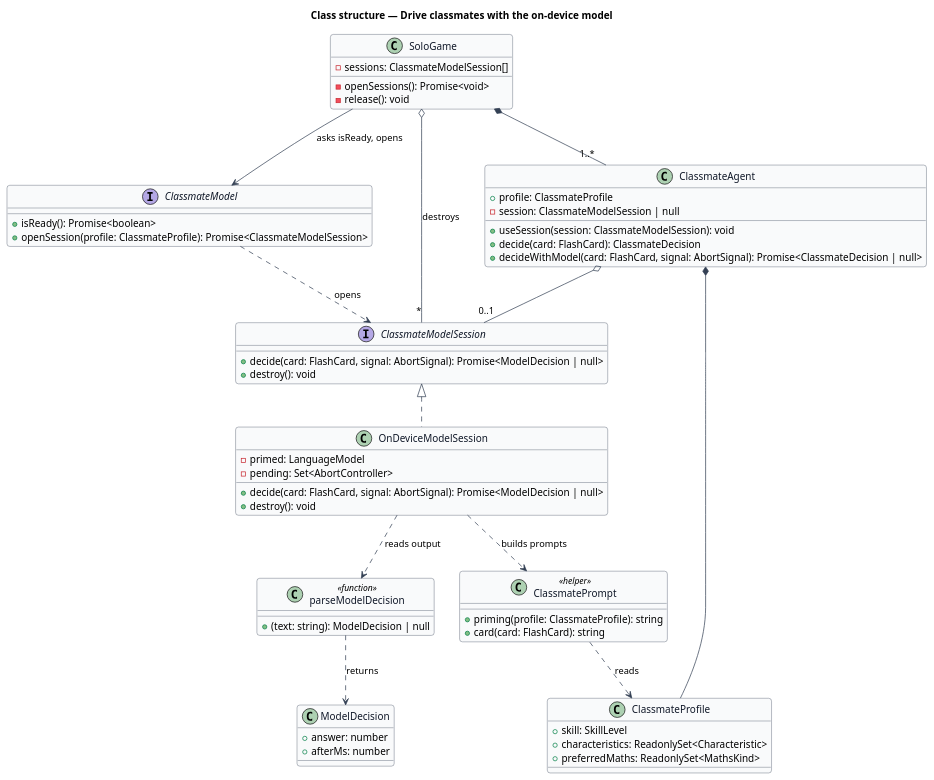
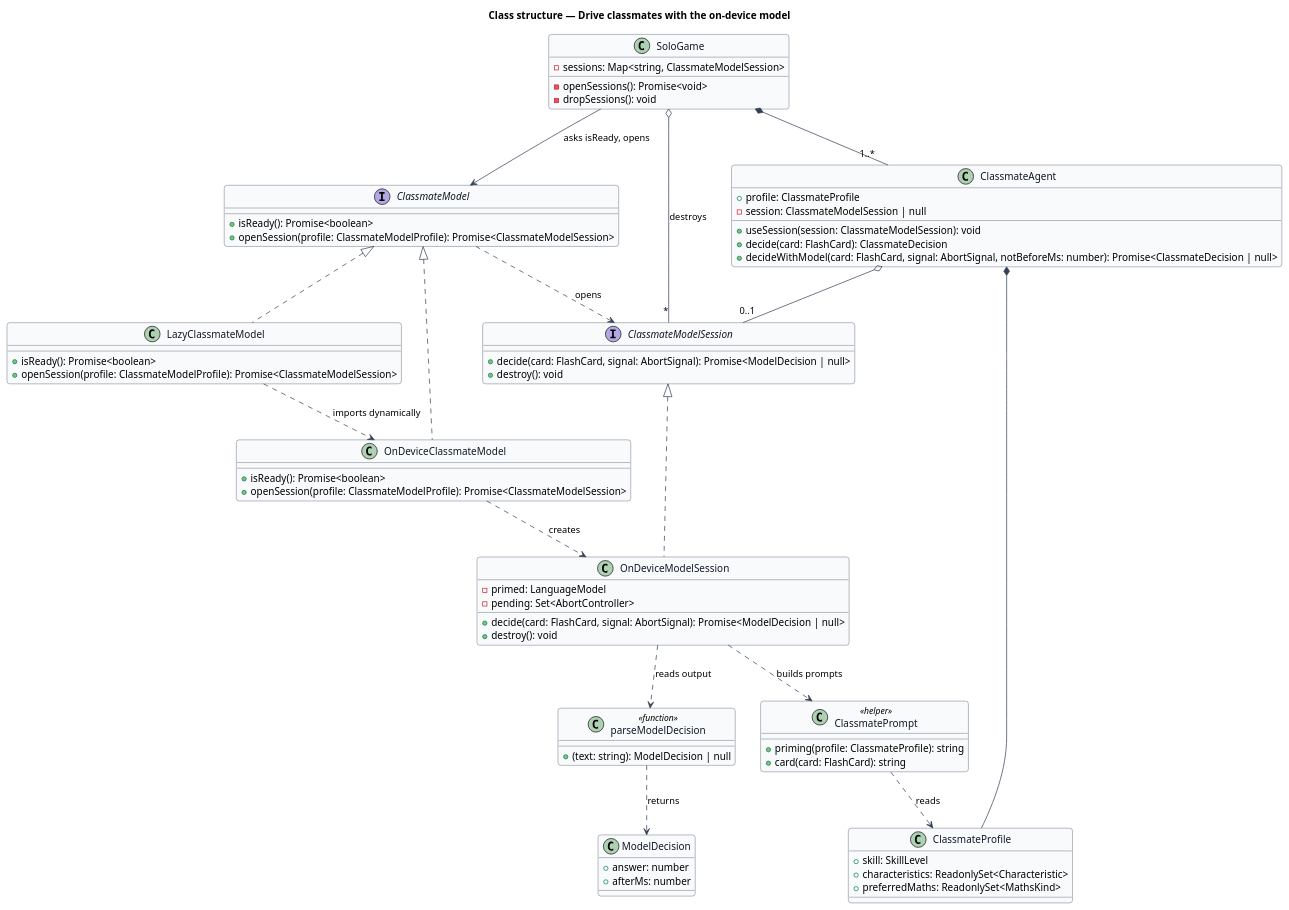
The diagram in docs/detailed-designs/classmates/drive-classmates-with-model/diagrams/class-structure.puml (QuinntyneBrown/around-the-world), drawn with PlantUML before and after one commit. The commit also changed 13 other files, not shown here.

First line of the commit message:
Journey 11: ADR 0030, L2-021 criterion 8 and the model design's open questions

```diff
--- a/docs/detailed-designs/classmates/drive-classmates-with-model/diagrams/class-structure.puml
+++ b/docs/detailed-designs/classmates/drive-classmates-with-model/diagrams/class-structure.puml
@@ -1,70 +1,82 @@
 @startuml
 ' --- shared skin header ---
 skinparam backgroundColor #FFFFFF
 skinparam shadowing false
 skinparam roundcorner 8
 skinparam defaultFontName Arial
 skinparam ArrowColor #344054
 skinparam class {
   BorderColor #344054
   FontColor #101828
   BackgroundColor #F9FAFB
 }
 ' --------------------------
 title Class structure — Drive classmates with the on-device model
 
 interface ClassmateModel {
   +isReady(): Promise<boolean>
-  +openSession(profile: ClassmateProfile): Promise<ClassmateModelSession>
+  +openSession(profile: ClassmateModelProfile): Promise<ClassmateModelSession>
 }
 interface ClassmateModelSession {
   +decide(card: FlashCard, signal: AbortSignal): Promise<ModelDecision | null>
   +destroy(): void
+}
+class LazyClassmateModel {
+  +isReady(): Promise<boolean>
+  +openSession(profile: ClassmateModelProfile): Promise<ClassmateModelSession>
+}
+class OnDeviceClassmateModel {
+  +isReady(): Promise<boolean>
+  +openSession(profile: ClassmateModelProfile): Promise<ClassmateModelSession>
 }
 class OnDeviceModelSession {
   -primed: LanguageModel
   -pending: Set<AbortController>
   +decide(card: FlashCard, signal: AbortSignal): Promise<ModelDecision | null>
   +destroy(): void
 }
 class ModelDecision {
   +answer: number
   +afterMs: number
 }
 class ClassmatePrompt <<helper>> {
   +priming(profile: ClassmateProfile): string
   +card(card: FlashCard): string
 }
 class parseModelDecision <<function>> {
   +(text: string): ModelDecision | null
 }
 class ClassmateAgent {
   +profile: ClassmateProfile
   -session: ClassmateModelSession | null
   +useSession(session: ClassmateModelSession): void
   +decide(card: FlashCard): ClassmateDecision
-  +decideWithModel(card: FlashCard, signal: AbortSignal): Promise<ClassmateDecision | null>
+  +decideWithModel(card: FlashCard, signal: AbortSignal, notBeforeMs: number): Promise<ClassmateDecision | null>
 }
 class ClassmateProfile {
   +skill: SkillLevel
   +characteristics: ReadonlySet<Characteristic>
   +preferredMaths: ReadonlySet<MathsKind>
 }
 class SoloGame {
-  -sessions: ClassmateModelSession[]
+  -sessions: Map<string, ClassmateModelSession>
   -openSessions(): Promise<void>
-  -release(): void
+  -dropSessions(): void
 }
 
 ClassmateModelSession <|.. OnDeviceModelSession
+ClassmateModel <|.. LazyClassmateModel
+ClassmateModel <|.. OnDeviceClassmateModel
+LazyClassmateModel ..> OnDeviceClassmateModel : imports dynamically
+OnDeviceClassmateModel ..> OnDeviceModelSession : creates
 ClassmateModel ..> ClassmateModelSession : opens
 OnDeviceModelSession ..> ClassmatePrompt : builds prompts
 OnDeviceModelSession ..> parseModelDecision : reads output
 parseModelDecision ..> ModelDecision : returns
 ClassmatePrompt ..> ClassmateProfile : reads
 ClassmateAgent o-- "0..1" ClassmateModelSession
 ClassmateAgent *-- ClassmateProfile
 SoloGame --> ClassmateModel : asks isReady, opens
 SoloGame o-- "*" ClassmateModelSession : destroys
 SoloGame *-- "1..*" ClassmateAgent
 @enduml
```
